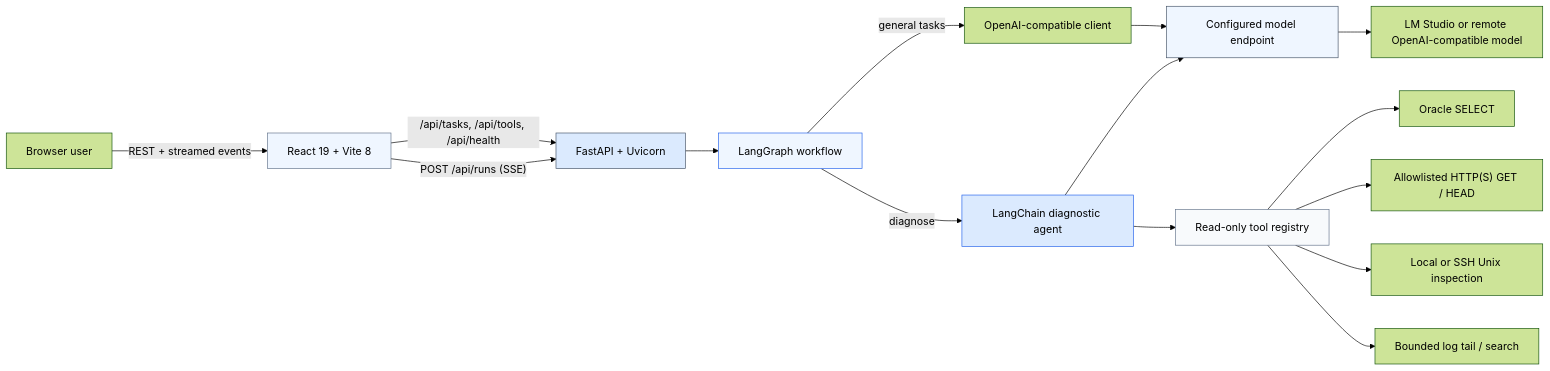
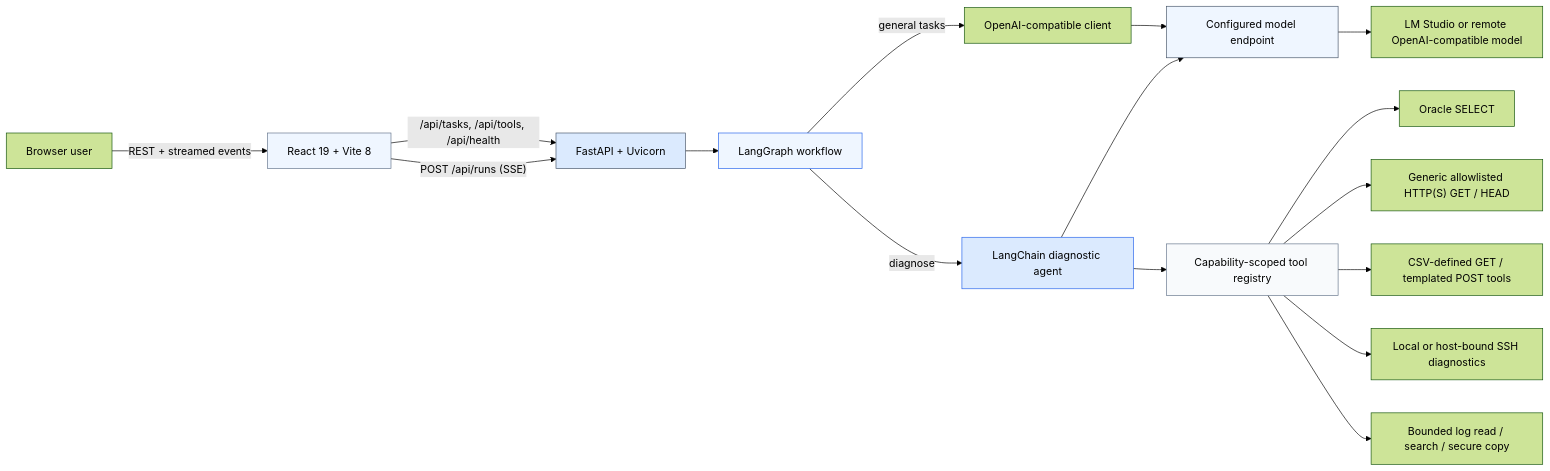
The first of 4 diagrams in README.md (shailesh7382/agentic-flow), drawn with Mermaid (forest theme) before and after one commit. The commit also changed other lines of this file and 20 other files, not shown here.

````diff
--- a/README.md
+++ b/README.md
@@ -61,24 +61,25 @@
 ```mermaid
 flowchart LR
     U["Browser user"] -->|REST + streamed events| V["React 19 + Vite 8"]
     V -->|"/api/tasks, /api/tools, /api/health"| F["FastAPI + Uvicorn"]
     V -->|"POST /api/runs (SSE)"| F
     F --> G["LangGraph workflow"]
     G -->|"general tasks"| C["OpenAI-compatible client"]
     G -->|"diagnose"| A["LangChain diagnostic agent"]
-    A --> R["Read-only tool registry"]
+    A --> R["Capability-scoped tool registry"]
     R --> O["Oracle SELECT"]
-    R --> H["Allowlisted HTTP(S) GET / HEAD"]
-    R --> X["Local or SSH Unix inspection"]
-    R --> Z["Bounded log tail / search"]
+    R --> H["Generic allowlisted HTTP(S) GET / HEAD"]
+    R --> T["CSV-defined GET / templated POST tools"]
+    R --> X["Local or host-bound SSH diagnostics"]
+    R --> Z["Bounded log read / search / secure copy"]
     C --> E["Configured model endpoint"]
     A --> E
     E --> L["LM Studio or remote OpenAI-compatible model"]
 
     style V fill:#eff6ff,stroke:#64748b
     style F fill:#dbeafe,stroke:#475569
     style G fill:#eff6ff,stroke:#2563eb
     style A fill:#dbeafe,stroke:#2563eb
     style R fill:#f8fafc,stroke:#64748b
     style E fill:#eff6ff,stroke:#475569
 ```
````
